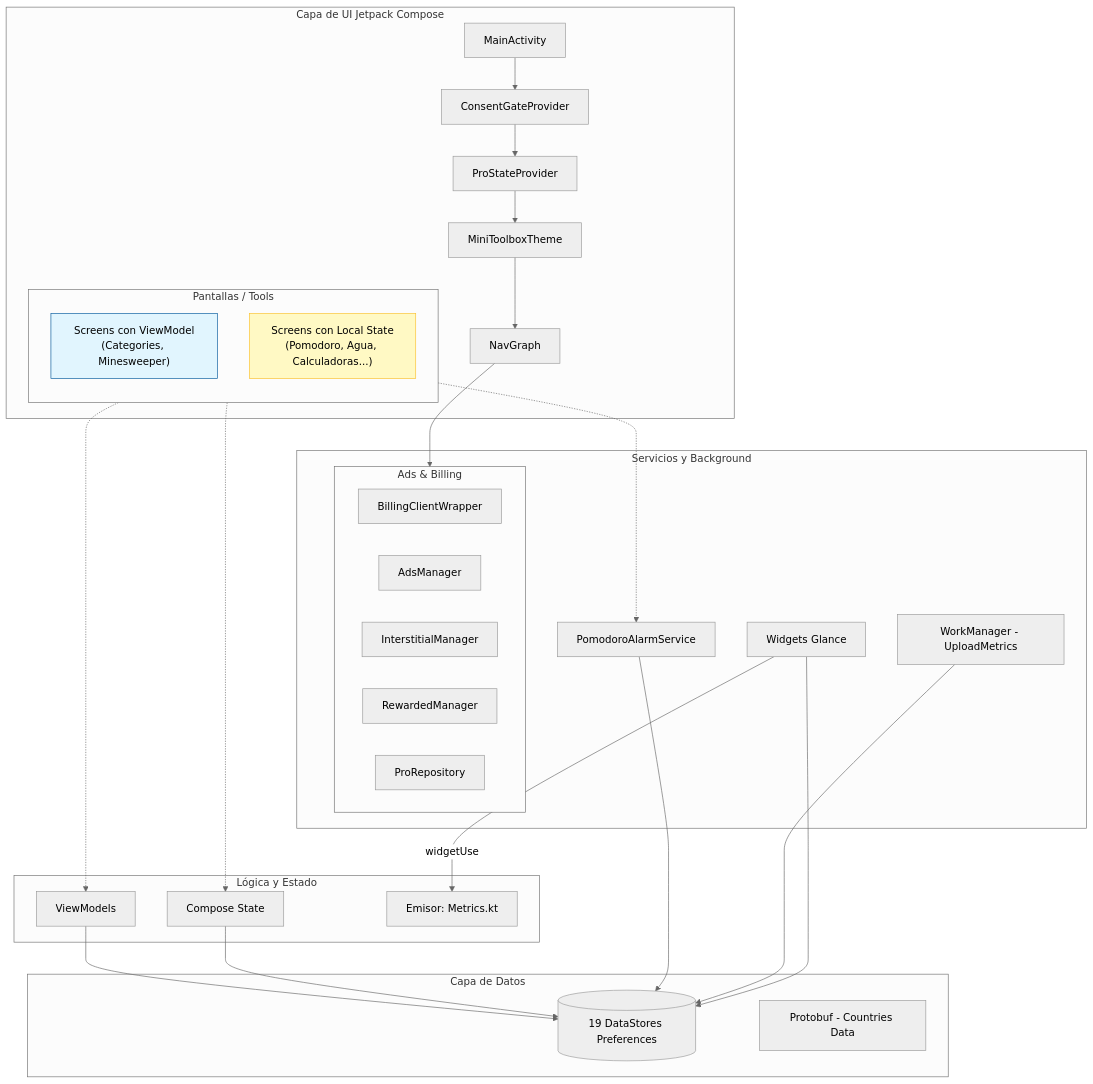
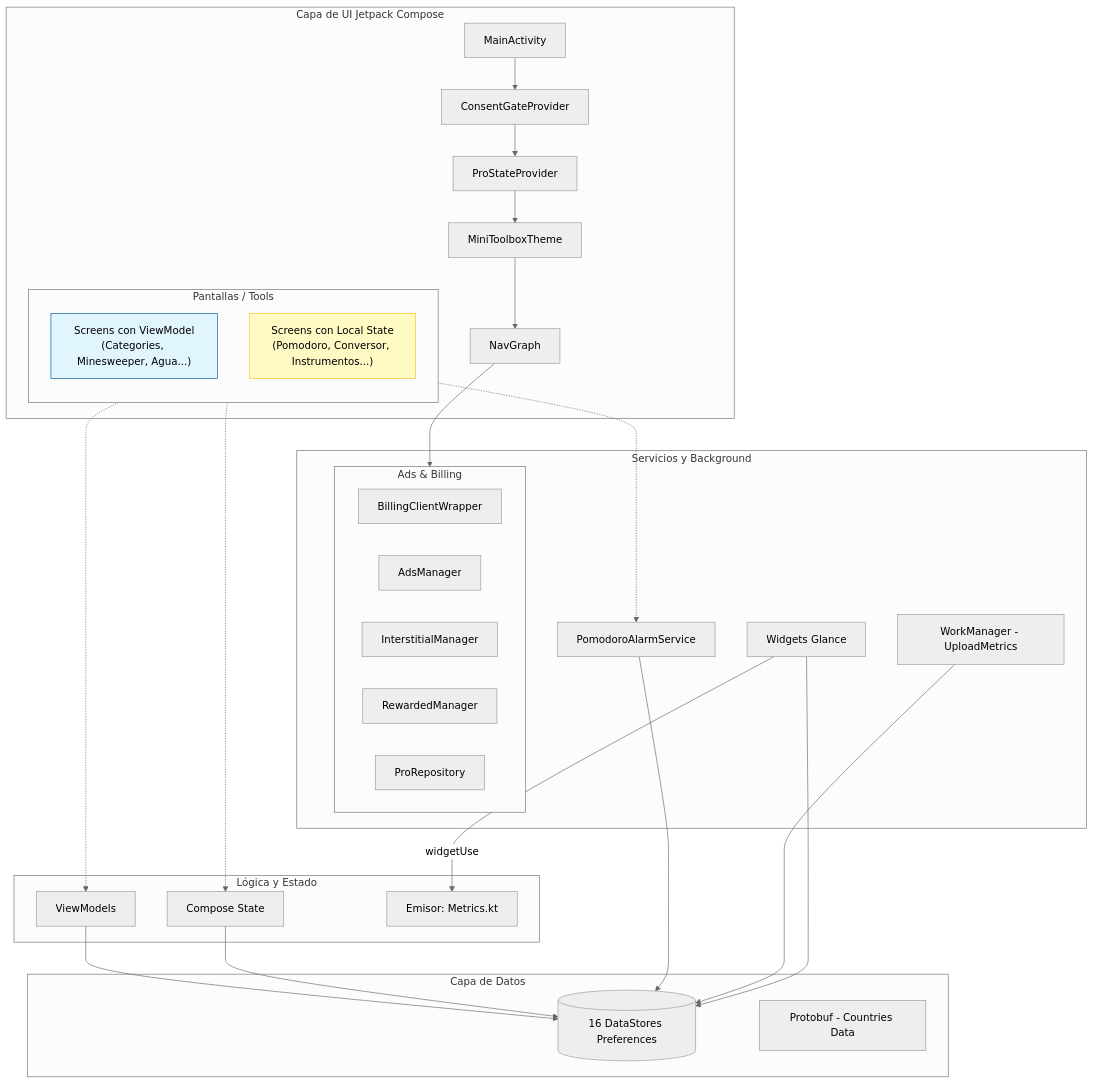
The first of 4 diagrams in docs/architecture.md (JoaquinSasso/MiniToolbox), drawn with Mermaid (neutral theme) before and after one commit. The commit also changed other lines of this file and 92 other files, not shown here.

````diff
--- a/docs/architecture.md
+++ b/docs/architecture.md
@@ -18,52 +18,52 @@
 ```mermaid
 flowchart TD
     subgraph UI_Layer [Capa de UI Jetpack Compose]
         MA[MainActivity] --> CG[ConsentGateProvider]
         CG --> PSP[ProStateProvider]
         PSP --> MT[MiniToolboxTheme]
         MT --> NG[NavGraph]
         
         subgraph Screens [Pantallas / Tools]
             direction TB
-            VM_Screens["Screens con ViewModel<br/>(Categories, Minesweeper)"]
-            State_Screens["Screens con Local State<br/>(Pomodoro, Agua, Calculadoras...)"]
+            VM_Screens["Screens con ViewModel<br/>(Categories, Minesweeper, Agua...)"]
+            State_Screens["Screens con Local State<br/>(Pomodoro, Conversor, Instrumentos...)"]
             style VM_Screens fill:#e1f5fe,stroke:#01579b,color:#000
             style State_Screens fill:#fff9c4,stroke:#fbc02d,color:#000
         end
     end
 
     subgraph Logic_State [Lógica y Estado]
         VM[ViewModels]
         CS[Compose State]
         MET["Emisor: Metrics.kt"]
     end
 
     subgraph Services_Background [Servicios y Background]
         subgraph Ads_Billing [Ads & Billing]
             BM[BillingClientWrapper]
             AM[AdsManager]
             IM[InterstitialManager]
             RM[RewardedManager]
             PR[ProRepository]
         end
         PAS[PomodoroAlarmService]
         WM[WorkManager - UploadMetrics]
         GW[Widgets Glance]
     end
 
     subgraph Data_Layer [Capa de Datos]
-        DS[(19 DataStores Preferences)]
+        DS[(16 DataStores Preferences)]
         PB[Protobuf - Countries Data]
     end
 
     VM_Screens -.-> VM
     State_Screens -.-> CS
     VM --> DS
     CS --> DS
     PAS --> DS
     WM --> DS
     GW --> DS
     NG --> Ads_Billing
     State_Screens -.-> PAS
     GW -->|widgetUse| MET
 ```
````
